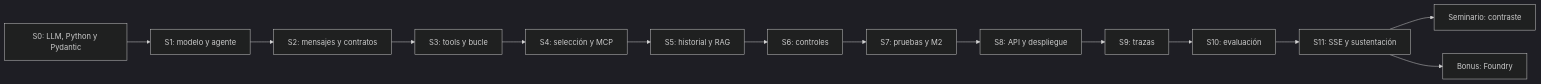
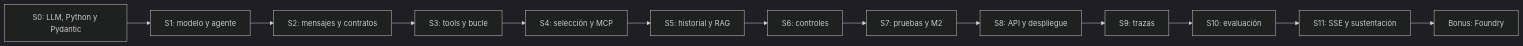
Before and after one commit to javierrosado/ariwalab-course-langchain: the diagram in docs/COURSE-MAP.md, drawn with Mermaid (dark theme). The commit also changed other lines of this file and 28 other files, not shown here.

````diff
--- a/docs/COURSE-MAP.md
+++ b/docs/COURSE-MAP.md
@@ -65,16 +64,15 @@
 ```mermaid
 flowchart LR
   S0["S0: LLM, Python y Pydantic"] --> S1["S1: modelo y agente"]
   S1 --> S2["S2: mensajes y contratos"]
   S2 --> S3["S3: tools y bucle"]
   S3 --> S4["S4: selección y MCP"]
   S4 --> S5["S5: historial y RAG"]
   S5 --> S6["S6: controles"]
   S6 --> S7["S7: pruebas y M2"]
   S7 --> S8["S8: API y despliegue"]
   S8 --> S9["S9: trazas"]
   S9 --> S10["S10: evaluación"]
   S10 --> S11["S11: SSE y sustentación"]
-  S11 --> SEM["Seminario: contraste"]
   S11 --> BONUS["Bonus: Foundry"]
 ```
````
